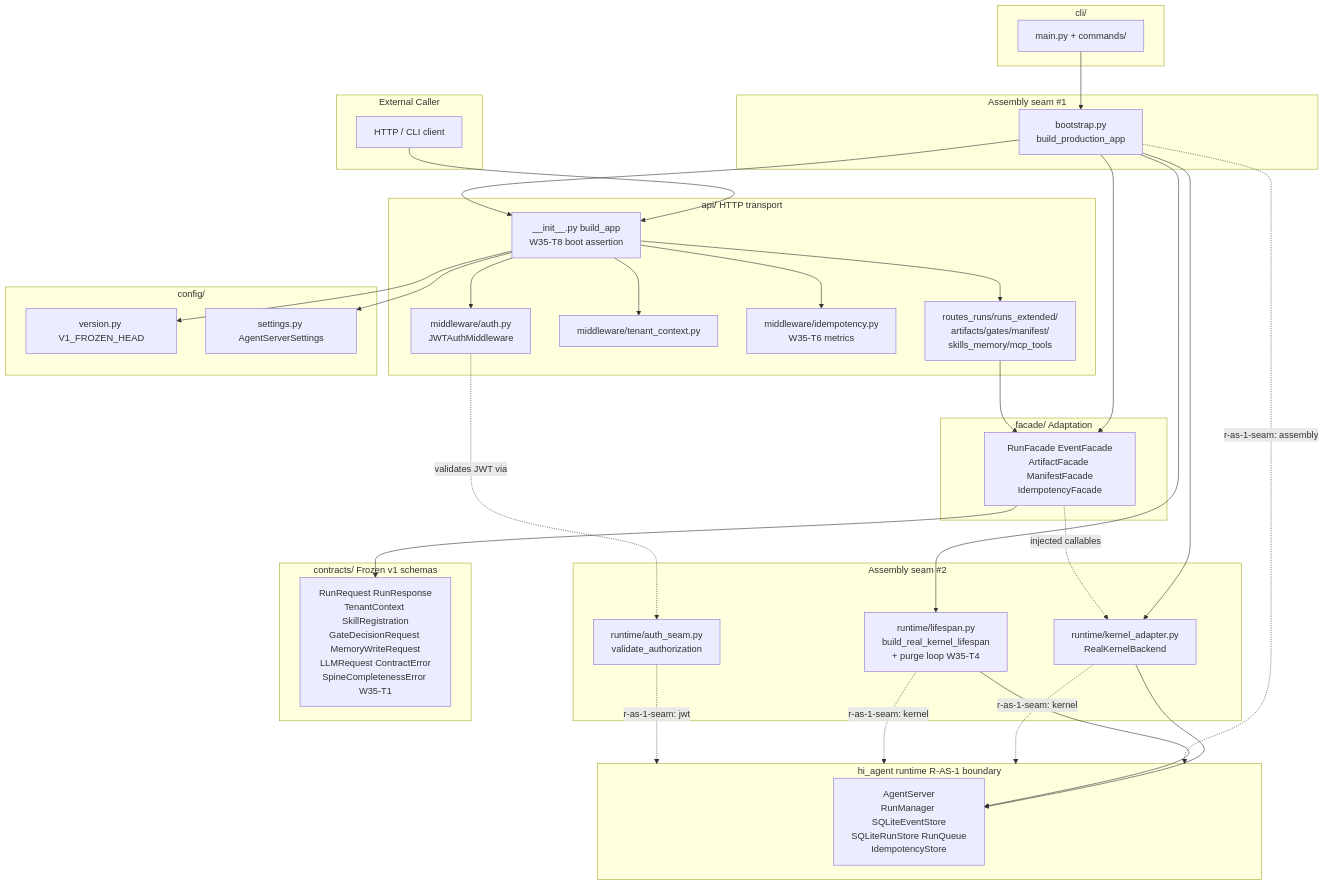
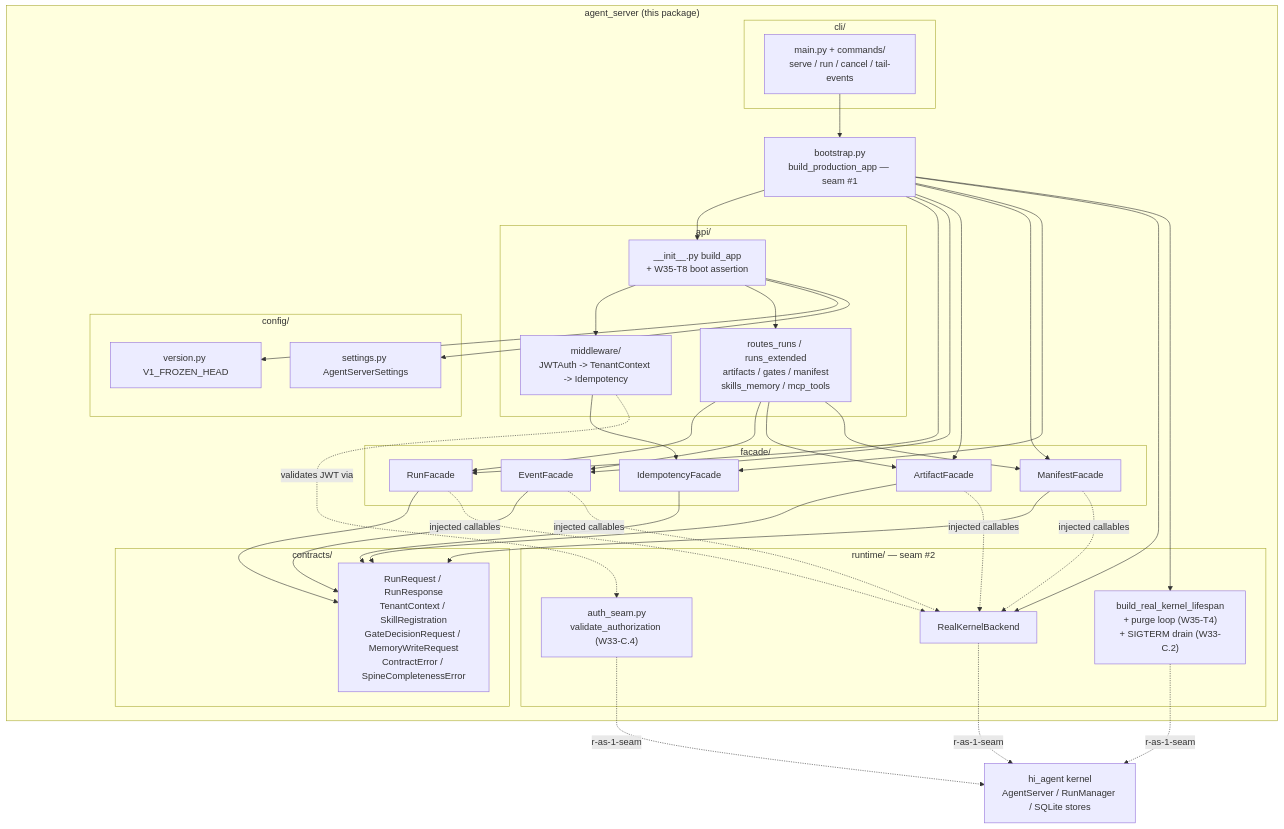
Before and after one commit to chaosxingxc-orion/hi-agent: the second of 4 diagrams in agent_server/ARCHITECTURE.md, drawn with Mermaid. The commit also changed other lines of this file and 25 other files, not shown here.

First line of the commit message:
[W35-corrective] Refresh ARCHITECTURE.md hierarchy + add missing READMEs

````diff
--- a/agent_server/ARCHITECTURE.md
+++ b/agent_server/ARCHITECTURE.md
@@ -67,70 +111,67 @@
 ```mermaid
-graph TD
-    subgraph EXT[External Caller]
-        C[HTTP / CLI client]
+flowchart TB
+    subgraph agent_server["agent_server (this package)"]
+        BS["bootstrap.py<br/>build_production_app — seam #1"]
+        subgraph api[api/]
+            APIB["__init__.py build_app<br/>+ W35-T8 boot assertion"]
+            MID["middleware/<br/>JWTAuth -> TenantContext -> Idempotency"]
+            ROUTES["routes_runs / runs_extended<br/>artifacts / gates / manifest<br/>skills_memory / mcp_tools"]
+        end
+        subgraph facade[facade/]
+            RF["RunFacade"]
+            EF["EventFacade"]
+            AF["ArtifactFacade"]
+            MF["ManifestFacade"]
+            IF["IdempotencyFacade"]
+        end
+        subgraph contracts[contracts/]
+            CT["RunRequest / RunResponse<br/>TenantContext / SkillRegistration<br/>GateDecisionRequest / MemoryWriteRequest<br/>ContractError / SpineCompletenessError"]
+        end
+        subgraph runtime[runtime/ — seam #2]
+            RKB["RealKernelBackend"]
+            LIFE["build_real_kernel_lifespan<br/>+ purge loop (W35-T4)<br/>+ SIGTERM drain (W33-C.2)"]
+            AUTH["auth_seam.py<br/>validate_authorization (W33-C.4)"]
+        end
+        subgraph cfg[config/]
+            CV["version.py V1_FROZEN_HEAD"]
+            CS["settings.py AgentServerSettings"]
+        end
+        subgraph cli[cli/]
+            CLIM["main.py + commands/<br/>serve / run / cancel / tail-events"]
+        end
     end
 
-    subgraph BS[Assembly seam #1]
-        BOOT[bootstrap.py<br/>build_production_app]
-    end
+    HIA["hi_agent kernel<br/>AgentServer / RunManager / SQLite stores"]
 
-    subgraph RT[Assembly seam #2]
-        ADAPTER[runtime/kernel_adapter.py<br/>RealKernelBackend]
-        LIFESPAN[runtime/lifespan.py<br/>build_real_kernel_lifespan<br/>+ purge loop W35-T4]
-        AUTHSEAM[runtime/auth_seam.py<br/>validate_authorization]
-    end
-
-    subgraph API[api/ HTTP transport]
-        APIB[__init__.py build_app<br/>W35-T8 boot assertion]
-        MID_J[middleware/auth.py<br/>JWTAuthMiddleware]
-        MID_T[middleware/tenant_context.py]
-        MID_I[middleware/idempotency.py<br/>W35-T6 metrics]
-        ROUTES[routes_runs/runs_extended/<br/>artifacts/gates/manifest/<br/>skills_memory/mcp_tools]
-    end
-
-    subgraph FAC[facade/ Adaptation]
-        F[RunFacade EventFacade<br/>ArtifactFacade ManifestFacade<br/>IdempotencyFacade]
-    end
-
-    subgraph CON[contracts/ Frozen v1 schemas]
-        CT[RunRequest RunResponse<br/>TenantContext SkillRegistration<br/>GateDecisionRequest MemoryWriteRequest<br/>LLMRequest ContractError<br/>SpineCompletenessError W35-T1]
-    end
-
-    subgraph CFG[config/]
-        CV[version.py V1_FROZEN_HEAD]
-        CS[settings.py AgentServerSettings]
-    end
-
-    subgraph CLI_PKG[cli/]
-        CLIP[main.py + commands/]
-    end
-
-    subgraph HIA[hi_agent runtime R-AS-1 boundary]
-        AS[AgentServer<br/>RunManager SQLiteEventStore<br/>SQLiteRunStore RunQueue<br/>IdempotencyStore]
-    end
-
-    C --> APIB
-    BOOT --> APIB
-    BOOT --> F
-    BOOT --> ADAPTER
-    BOOT --> LIFESPAN
-    ADAPTER --> AS
-    LIFESPAN --> AS
-    BOOT -. r-as-1-seam: assembly .-> HIA
-    ADAPTER -. r-as-1-seam: kernel .-> HIA
-    LIFESPAN -. r-as-1-seam: kernel .-> HIA
-    AUTHSEAM -. r-as-1-seam: jwt .-> HIA
-
-    APIB --> MID_J
-    APIB --> MID_T
-    APIB --> MID_I
+    BS --> APIB
+    BS --> RF
+    BS --> EF
+    BS --> AF
+    BS --> MF
+    BS --> IF
+    BS --> RKB
+    BS --> LIFE
+    APIB --> MID
     APIB --> ROUTES
-    MID_J -. validates JWT via .-> AUTHSEAM
-    ROUTES --> F
-    F --> CT
-    F -. injected callables .-> ADAPTER
-
-    CLIP --> BOOT
+    MID --> IF
+    MID -. validates JWT via .-> AUTH
+    ROUTES --> RF
+    ROUTES --> EF
+    ROUTES --> AF
+    ROUTES --> MF
+    RF --> CT
+    EF --> CT
+    AF --> CT
+    MF --> CT
+    IF --> CT
+    RF -. injected callables .-> RKB
+    EF -. injected callables .-> RKB
+    AF -. injected callables .-> RKB
+    MF -. injected callables .-> RKB
+    RKB -. r-as-1-seam .-> HIA
+    LIFE -. r-as-1-seam .-> HIA
+    AUTH -. r-as-1-seam .-> HIA
+    CLIM --> BS
     APIB --> CV
     APIB --> CS
 ```
````
